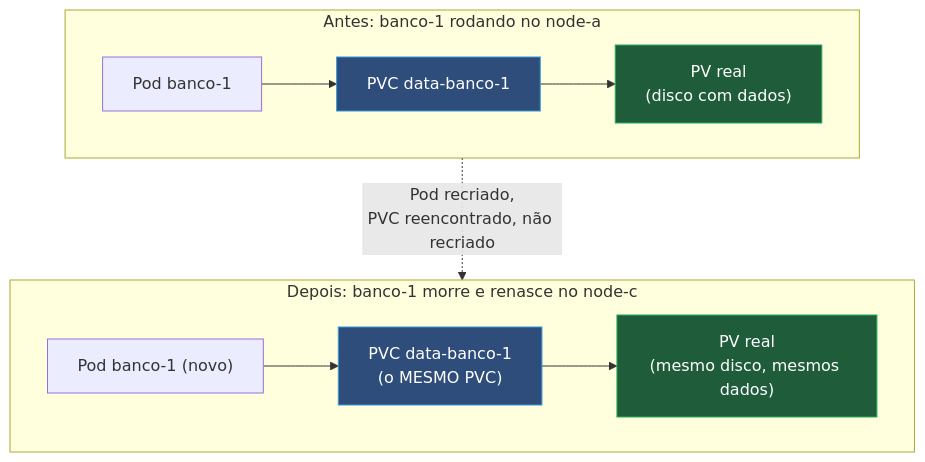
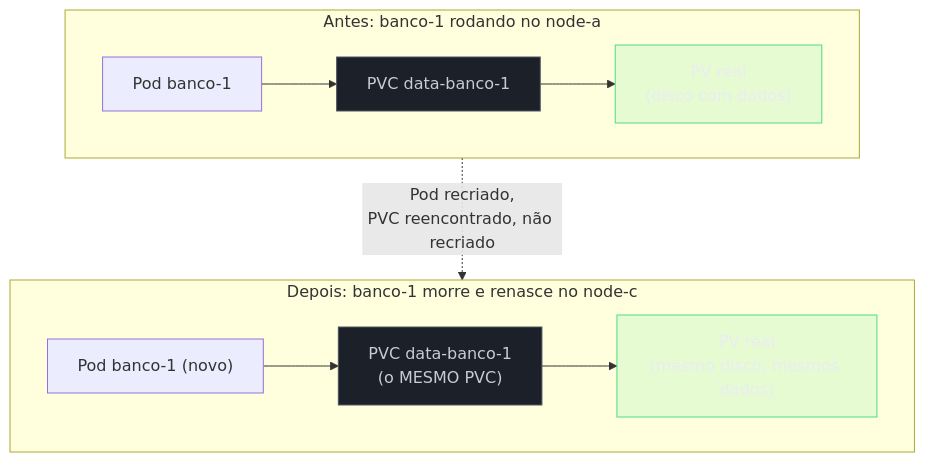
Before and after one commit to josenaldo/codex-technomanticus: the second of 3 diagrams in 03-Dominios/Tecnologia/Infraestrutura/Kubernetes/10 - StatefulSet.md, drawn with Mermaid. The commit also changed other lines of this file and 1181 other files, not shown here.

First line of the commit message:
fix(diagramas): paleta do sistema no lugar de cor cravada no markdown

````diff
--- a/03-Dominios/Tecnologia/Infraestrutura/Kubernetes/10 - StatefulSet.md
+++ b/03-Dominios/Tecnologia/Infraestrutura/Kubernetes/10 - StatefulSet.md
@@ -91,17 +93,19 @@
 ```mermaid
 graph TB
+    classDef neutro fill:#1B2029,stroke:#4E5666,color:#C6CCD8
+    classDef ok fill:#4ADE8021,stroke:#4ADE80,color:#E9ECF2
     subgraph Antes["Antes: banco-1 rodando no node-a"]
         Pod1a["Pod banco-1"] --> PVC1["PVC data-banco-1"] --> PV1["PV real<br/>(disco com dados)"]
     end
 
     subgraph Depois["Depois: banco-1 morre e renasce no node-c"]
         Pod1b["Pod banco-1 (novo)"] --> PVC1b["PVC data-banco-1<br/>(o MESMO PVC)"] --> PV1b["PV real<br/>(mesmo disco, mesmos dados)"]
     end
 
     Antes -.->|"Pod recriado,<br/>PVC reencontrado, não recriado"| Depois
 
-    style PVC1 fill:#2e4d7a,stroke:#3498db,color:#fff
-    style PVC1b fill:#2e4d7a,stroke:#3498db,color:#fff
-    style PV1 fill:#1e5c3a,stroke:#27ae60,color:#fff
-    style PV1b fill:#1e5c3a,stroke:#27ae60,color:#fff
+    class PVC1 neutro
+    class PVC1b neutro
+    class PV1 ok
+    class PV1b ok
 ```
````
